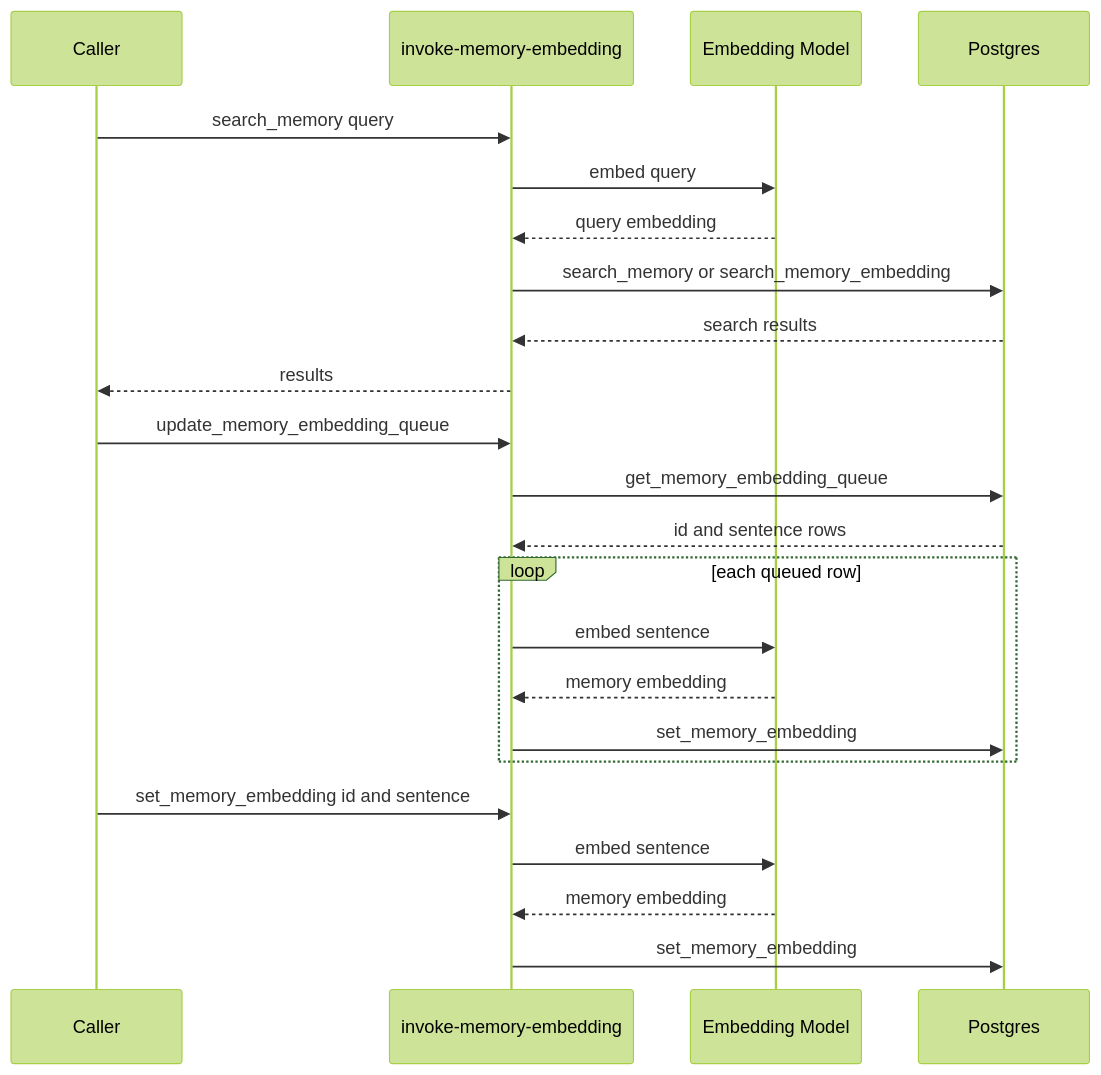
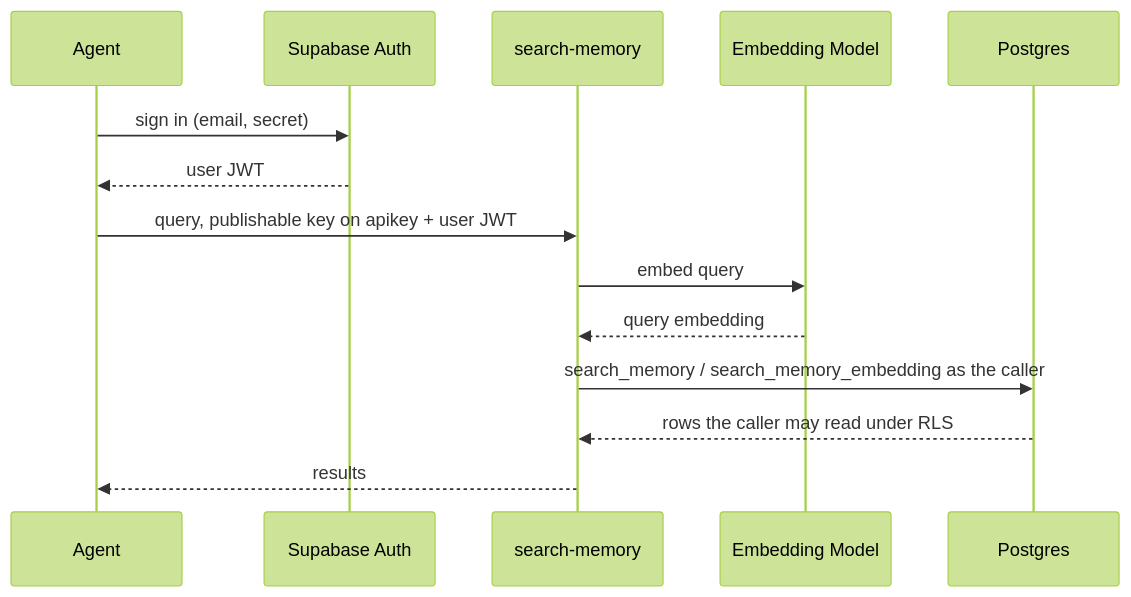
Before and after one commit to andmigque/Memory: the second of 3 diagrams in memory.spec.md, drawn with Mermaid (forest theme). The commit also changed other lines of this file, not shown here.

Commit message:
# Updating memory spec

````diff
--- a/memory.spec.md
+++ b/memory.spec.md
@@ -151,28 +147,17 @@
 ```mermaid
 sequenceDiagram
-    participant Caller
-    participant InvokeMemoryEmbedding as invoke-memory-embedding
+    participant Agent
+    participant Auth as Supabase Auth
+    participant Search as search-memory
     participant Model as Embedding Model
     participant Postgres
 
-    Caller->>InvokeMemoryEmbedding: search_memory query
-    InvokeMemoryEmbedding->>Model: embed query
-    Model-->>InvokeMemoryEmbedding: query embedding
-    InvokeMemoryEmbedding->>Postgres: search_memory or search_memory_embedding
-    Postgres-->>InvokeMemoryEmbedding: search results
-    InvokeMemoryEmbedding-->>Caller: results
-
-    Caller->>InvokeMemoryEmbedding: update_memory_embedding_queue
-    InvokeMemoryEmbedding->>Postgres: get_memory_embedding_queue
-    Postgres-->>InvokeMemoryEmbedding: id and sentence rows
-    loop each queued row
-        InvokeMemoryEmbedding->>Model: embed sentence
-        Model-->>InvokeMemoryEmbedding: memory embedding
-        InvokeMemoryEmbedding->>Postgres: set_memory_embedding
-    end
-
-    Caller->>InvokeMemoryEmbedding: set_memory_embedding id and sentence
-    InvokeMemoryEmbedding->>Model: embed sentence
-    Model-->>InvokeMemoryEmbedding: memory embedding
-    InvokeMemoryEmbedding->>Postgres: set_memory_embedding
+    Agent->>Auth: sign in (email, secret)
+    Auth-->>Agent: user JWT
+    Agent->>Search: query, publishable key on apikey + user JWT
+    Search->>Model: embed query
+    Model-->>Search: query embedding
+    Search->>Postgres: search_memory / search_memory_embedding as the caller
+    Postgres-->>Search: rows the caller may read under RLS
+    Search-->>Agent: results
 ```
````
